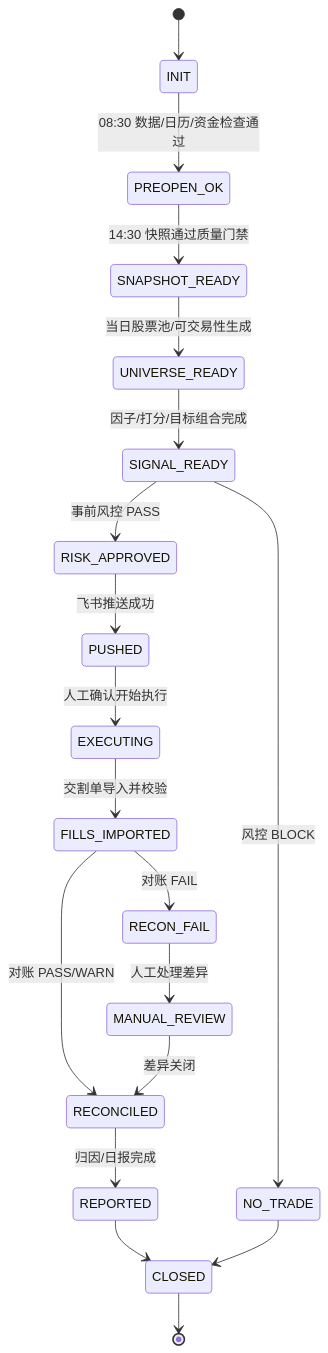
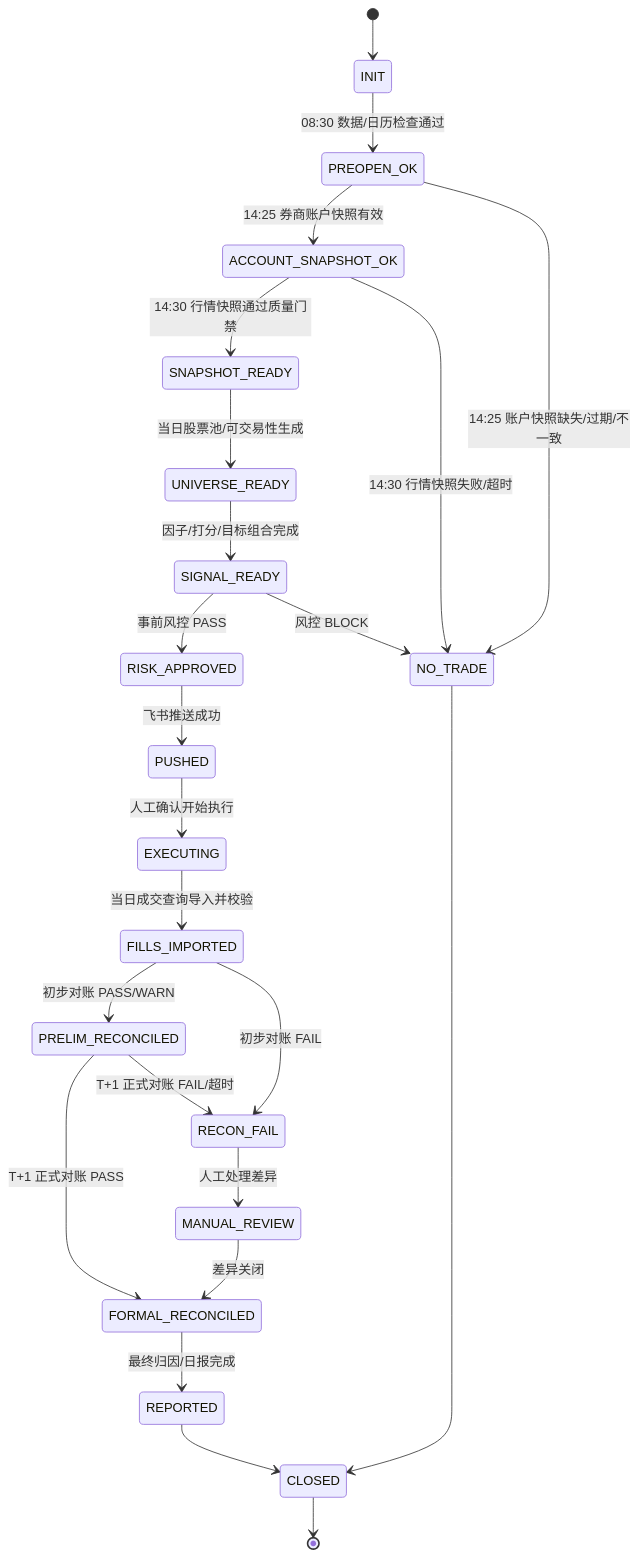
The third of 3 diagrams in docs/design.md (shanghaitechXHF/quantx), drawn with Mermaid before and after one commit. The commit also changed other lines of this file and 1 other file, not shown here.

````diff
--- a/docs/design.md
+++ b/docs/design.md
@@ -490,21 +529,26 @@
 ```mermaid
 stateDiagram-v2
     [*] --> INIT
-    INIT --> PREOPEN_OK: 08:30 数据/日历/资金检查通过
-    PREOPEN_OK --> SNAPSHOT_READY: 14:30 快照通过质量门禁
+    INIT --> PREOPEN_OK: 08:30 数据/日历检查通过
+    PREOPEN_OK --> ACCOUNT_SNAPSHOT_OK: 14:25 券商账户快照有效
+    PREOPEN_OK --> NO_TRADE: 14:25 账户快照缺失/过期/不一致
+    ACCOUNT_SNAPSHOT_OK --> SNAPSHOT_READY: 14:30 行情快照通过质量门禁
+    ACCOUNT_SNAPSHOT_OK --> NO_TRADE: 14:30 行情快照失败/超时
     SNAPSHOT_READY --> UNIVERSE_READY: 当日股票池/可交易性生成
     UNIVERSE_READY --> SIGNAL_READY: 因子/打分/目标组合完成
     SIGNAL_READY --> RISK_APPROVED: 事前风控 PASS
     SIGNAL_READY --> NO_TRADE: 风控 BLOCK
     RISK_APPROVED --> PUSHED: 飞书推送成功
     PUSHED --> EXECUTING: 人工确认开始执行
-    EXECUTING --> FILLS_IMPORTED: 交割单导入并校验
-    FILLS_IMPORTED --> RECONCILED: 对账 PASS/WARN
-    FILLS_IMPORTED --> RECON_FAIL: 对账 FAIL
-    RECONCILED --> REPORTED: 归因/日报完成
+    EXECUTING --> FILLS_IMPORTED: 当日成交查询导入并校验
+    FILLS_IMPORTED --> PRELIM_RECONCILED: 初步对账 PASS/WARN
+    FILLS_IMPORTED --> RECON_FAIL: 初步对账 FAIL
+    PRELIM_RECONCILED --> FORMAL_RECONCILED: T+1 正式对账 PASS
+    PRELIM_RECONCILED --> RECON_FAIL: T+1 正式对账 FAIL/超时
+    FORMAL_RECONCILED --> REPORTED: 最终归因/日报完成
     RECON_FAIL --> MANUAL_REVIEW: 人工处理差异
-    MANUAL_REVIEW --> RECONCILED: 差异关闭
+    MANUAL_REVIEW --> FORMAL_RECONCILED: 差异关闭
     REPORTED --> CLOSED
     NO_TRADE --> CLOSED
     CLOSED --> [*]
 ```
````
